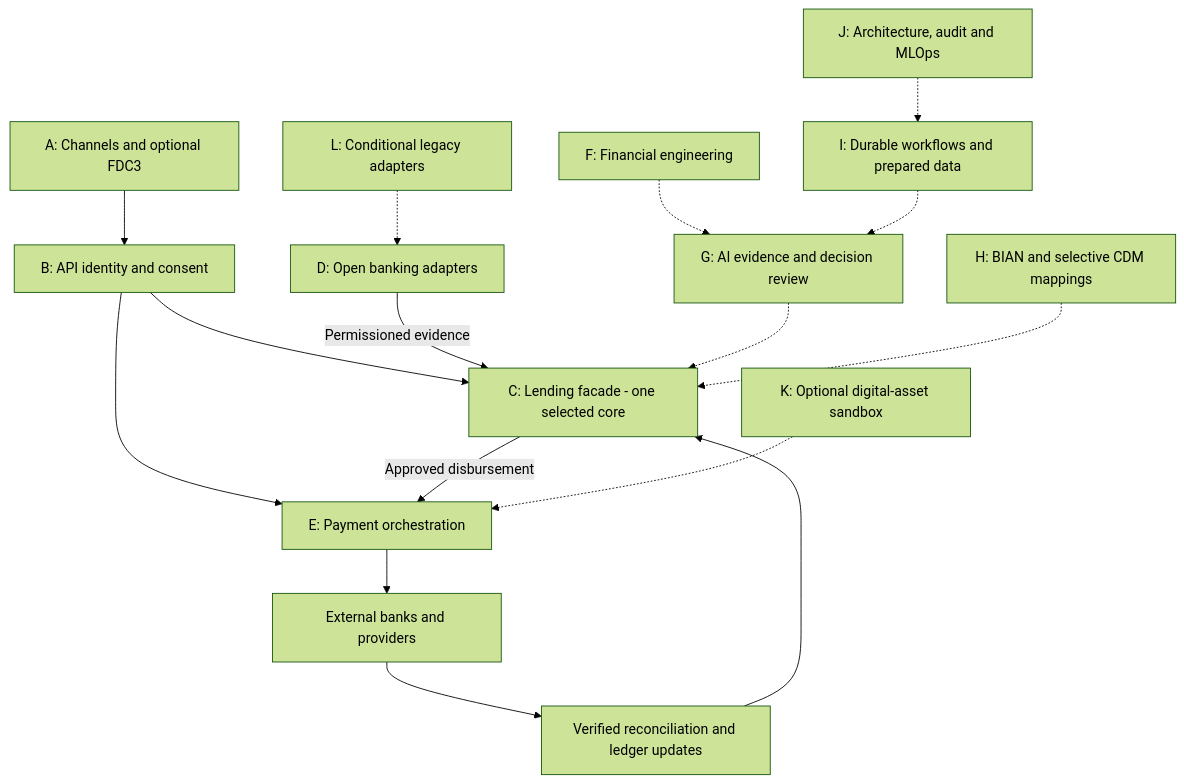
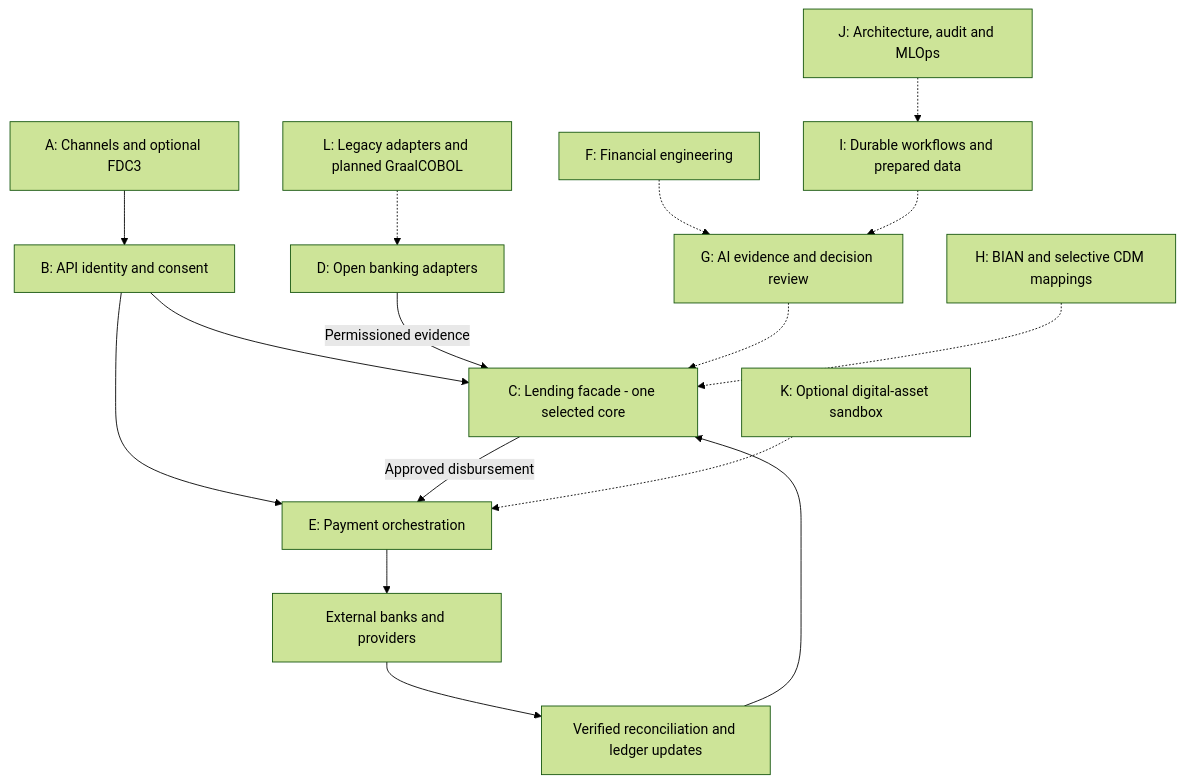
Before and after one commit to robotics-intelligent-systems/jfxai4obs: the second of 8 diagrams in README.md, drawn with Mermaid (forest theme). The commit also changed other lines of this file, not shown here.

Commit message:
docs: select GraalCOBOL modernization dependency and retain COBOL 4J reference

````diff
--- a/README.md
+++ b/README.md
@@ -87,18 +88,18 @@
 ```mermaid
 flowchart TB
   A["A: Channels and optional FDC3"] --> B["B: API identity and consent"]
   B --> C["C: Lending facade - one selected core"]
   B --> E["E: Payment orchestration"]
   C -->|Approved disbursement| E
   D["D: Open banking adapters"] -->|Permissioned evidence| C
   E --> EXT["External banks and providers"]
   EXT --> REC["Verified reconciliation and ledger updates"]
   REC --> C
   F["F: Financial engineering"] -.-> G["G: AI evidence and decision review"]
   G -.-> C
   H["H: BIAN and selective CDM mappings"] -.-> C
   I["I: Durable workflows and prepared data"] -.-> G
   J["J: Architecture, audit and MLOps"] -.-> I
   K["K: Optional digital-asset sandbox"] -.-> E
-  L["L: Conditional legacy adapters"] -.-> D
+  L["L: Legacy adapters and planned GraalCOBOL"] -.-> D
 ```
````
